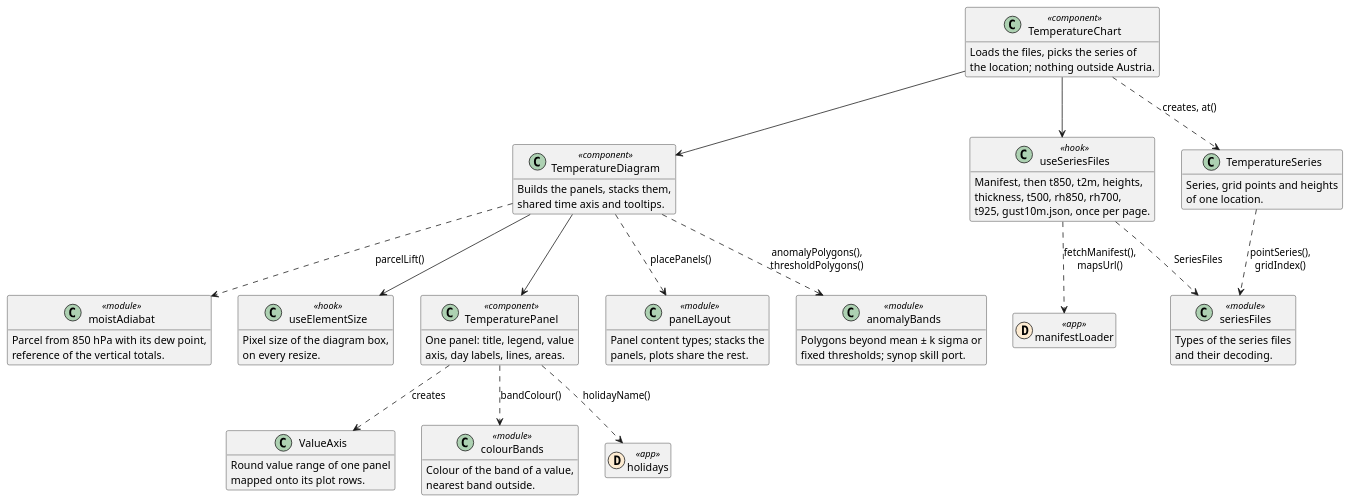
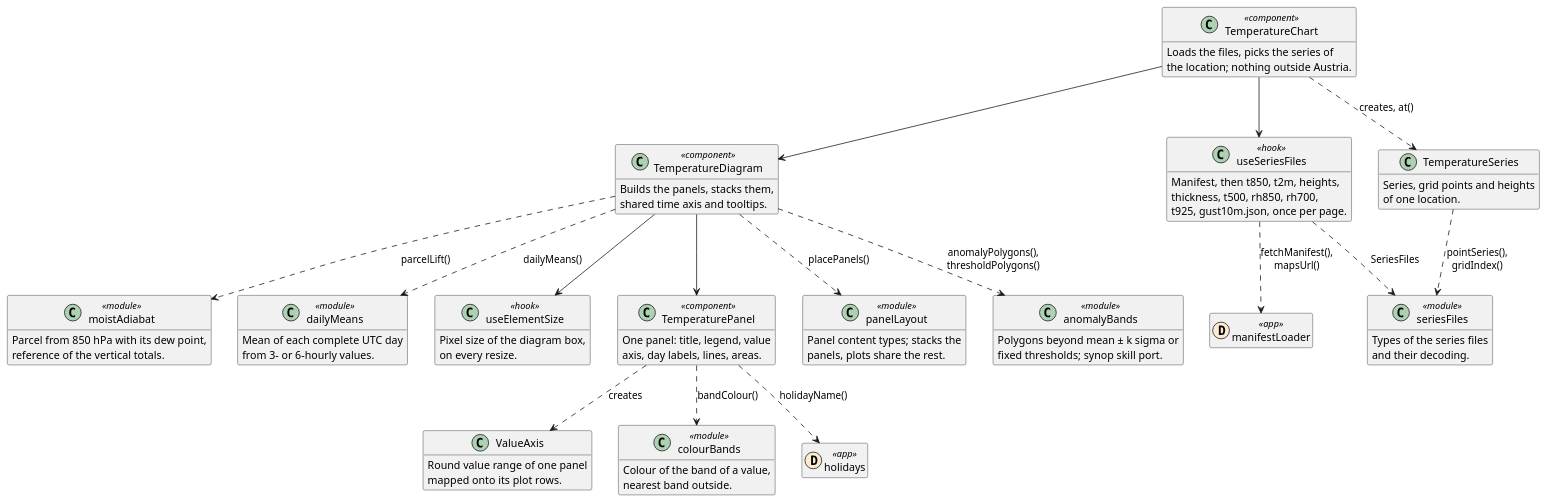
The second of 2 diagrams in REFERENCE.webapp.md (schletz/wetterkartenviewer), drawn with PlantUML before and after one commit. The commit also changed other lines of this file and 8 other files, not shown here.

First line of the commit message:
T2m daily mean anomaly against ERA5 as bars

````diff
--- a/REFERENCE.webapp.md
+++ b/REFERENCE.webapp.md
@@ -168,70 +168,75 @@
 ```plantuml
 @startuml temperature
 hide empty members
 class TemperatureChart <<component>> {
  Loads the files, picks the series of
  the location; nothing outside Austria.
 }
 class TemperatureDiagram <<component>> {
  Builds the panels, stacks them,
  shared time axis and tooltips.
 }
 class TemperaturePanel <<component>> {
  One panel: title, legend, value
  axis, day labels, lines, areas.
 }
 class useSeriesFiles <<hook>> {
  Manifest, then t850, t2m, heights,
  thickness, t500, rh850, rh700,
  t925, gust10m.json, once per page.
 }
 class TemperatureSeries {
  Series, grid points and heights
  of one location.
 }
 class panelLayout <<module>> {
  Panel content types; stacks the
  panels, plots share the rest.
 }
 class ValueAxis {
  Round value range of one panel
  mapped onto its plot rows.
 }
 class anomalyBands <<module>> {
  Polygons beyond mean ± k sigma or
  fixed thresholds; synop skill port.
 }
 class moistAdiabat <<module>> {
  Parcel from 850 hPa with its dew point,
  reference of the vertical totals.
 }
+class dailyMeans <<module>> {
+ Mean of each complete UTC day
+ from 3- or 6-hourly values.
+}
 class colourBands <<module>> {
  Colour of the band of a value,
  nearest band outside.
 }
 class seriesFiles <<module>> {
  Types of the series files
  and their decoding.
 }
 class useElementSize <<hook>> {
  Pixel size of the diagram box,
  on every resize.
 }
 class manifestLoader << (D,#fdebd1) app >>
 class holidays << (D,#fdebd1) app >>
 TemperatureChart --> useSeriesFiles
 TemperatureChart ..> TemperatureSeries : creates, at()
 TemperatureChart --> TemperatureDiagram
 useSeriesFiles ..> manifestLoader : fetchManifest(),\nmapsUrl()
 useSeriesFiles ..> seriesFiles : SeriesFiles
 TemperatureSeries ..> seriesFiles : pointSeries(),\ngridIndex()
 TemperatureDiagram ..> panelLayout : placePanels()
 TemperatureDiagram ..> anomalyBands : anomalyPolygons(),\nthresholdPolygons()
 TemperatureDiagram ..> moistAdiabat : parcelLift()
+TemperatureDiagram ..> dailyMeans : dailyMeans()
 TemperatureDiagram --> TemperaturePanel
 TemperatureDiagram --> useElementSize
 TemperaturePanel ..> ValueAxis : creates
 TemperaturePanel ..> holidays : holidayName()
 TemperaturePanel ..> colourBands : bandColour()
 @enduml
 ```
````
